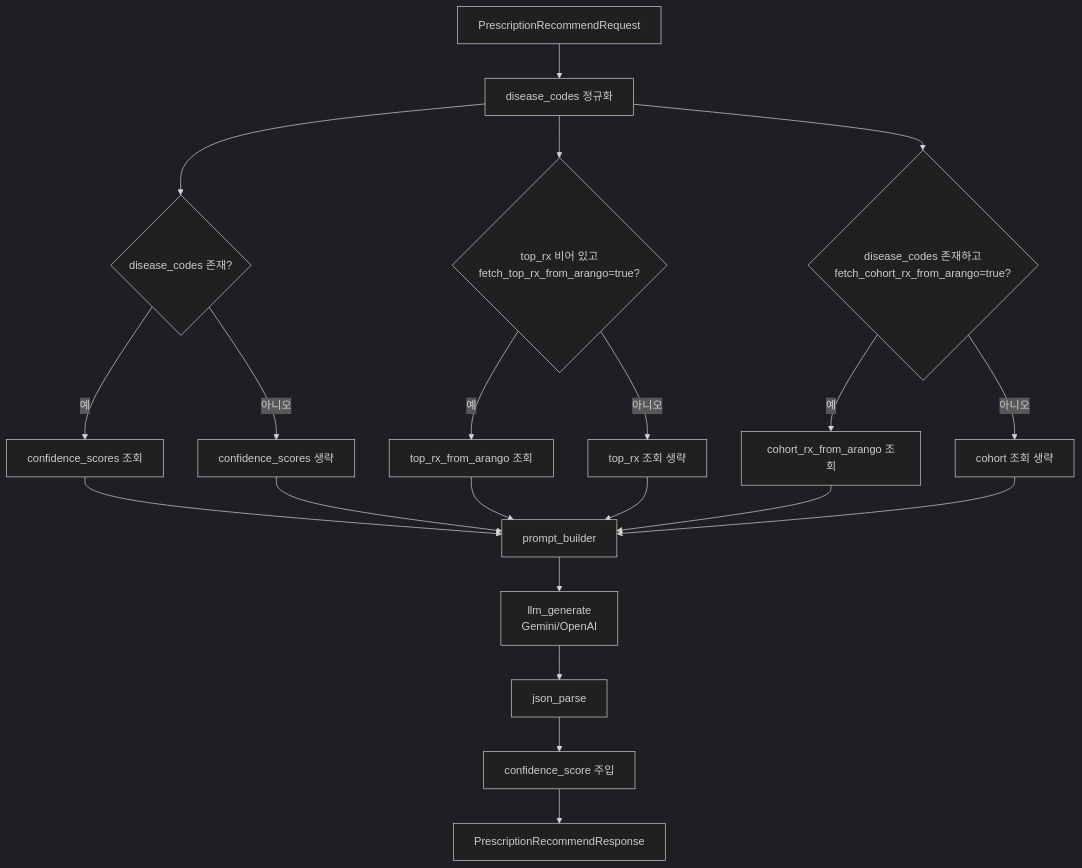
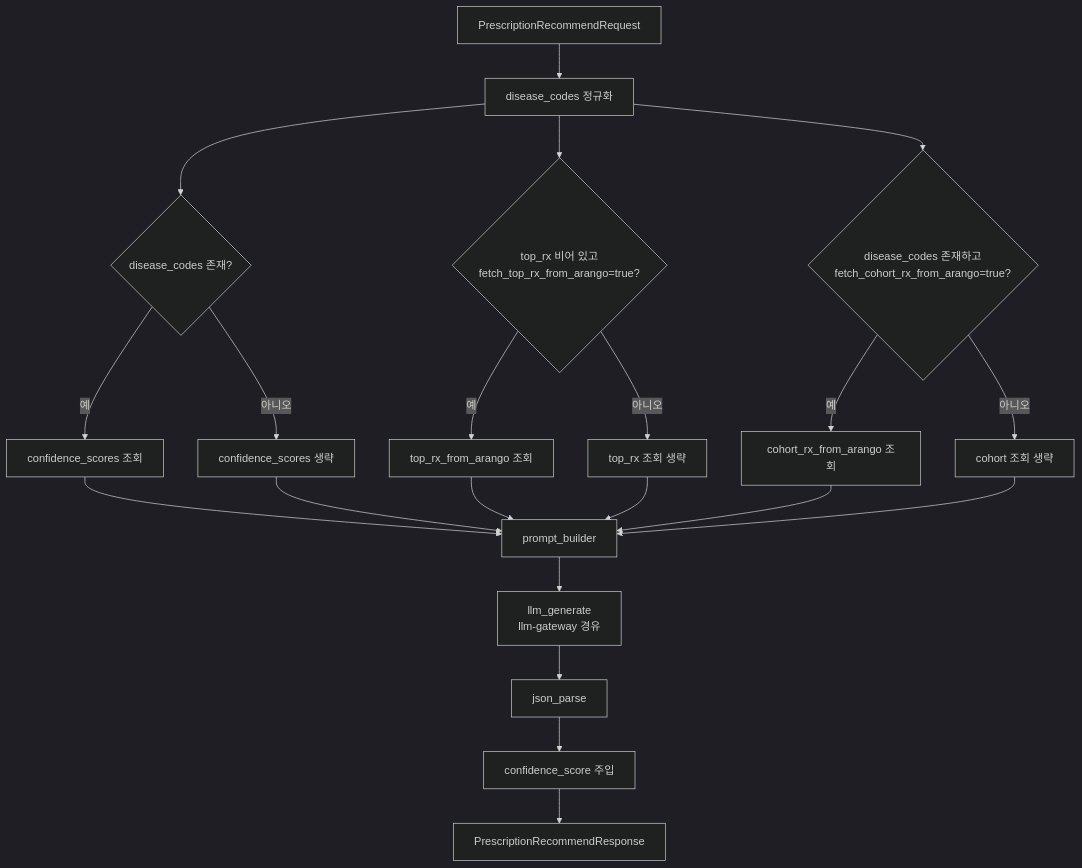
One commit to kjbddo/bitcomputer-emr changed the first of 4 diagrams in Docs/Prescription Agent Evaluation.md. Above: the diagram before and after it, drawn with Mermaid (dark theme). The commit also changed other lines of this file and 11 other files, not shown here.

````diff
--- a/Docs/Prescription Agent Evaluation.md
+++ b/Docs/Prescription Agent Evaluation.md
@@ -9,27 +21,27 @@
 ```mermaid
 flowchart TD
   A[PrescriptionRecommendRequest] --> B[disease_codes 정규화]
   B --> C{disease_codes 존재?}
   C -->|예| D[confidence_scores 조회]
   C -->|아니오| D0[confidence_scores 생략]
 
   B --> E{top_rx 비어 있고<br/>fetch_top_rx_from_arango=true?}
   E -->|예| F[top_rx_from_arango 조회]
   E -->|아니오| F0[top_rx 조회 생략]
 
   B --> G{disease_codes 존재하고<br/>fetch_cohort_rx_from_arango=true?}
   G -->|예| H[cohort_rx_from_arango 조회]
   G -->|아니오| H0[cohort 조회 생략]
 
   D --> I[prompt_builder]
   D0 --> I
   F --> I
   F0 --> I
   H --> I
   H0 --> I
 
-  I --> J[llm_generate<br/>Gemini/OpenAI]
+  I --> J[llm_generate<br/>llm-gateway 경유]
   J --> K[json_parse]
   K --> L[confidence_score 주입]
   L --> M[PrescriptionRecommendResponse]
 ```
````
